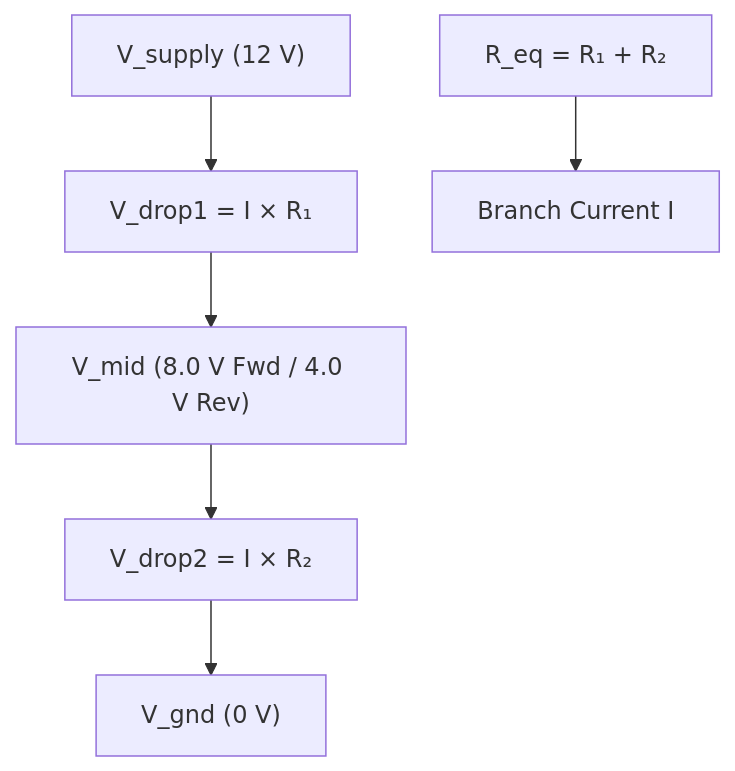
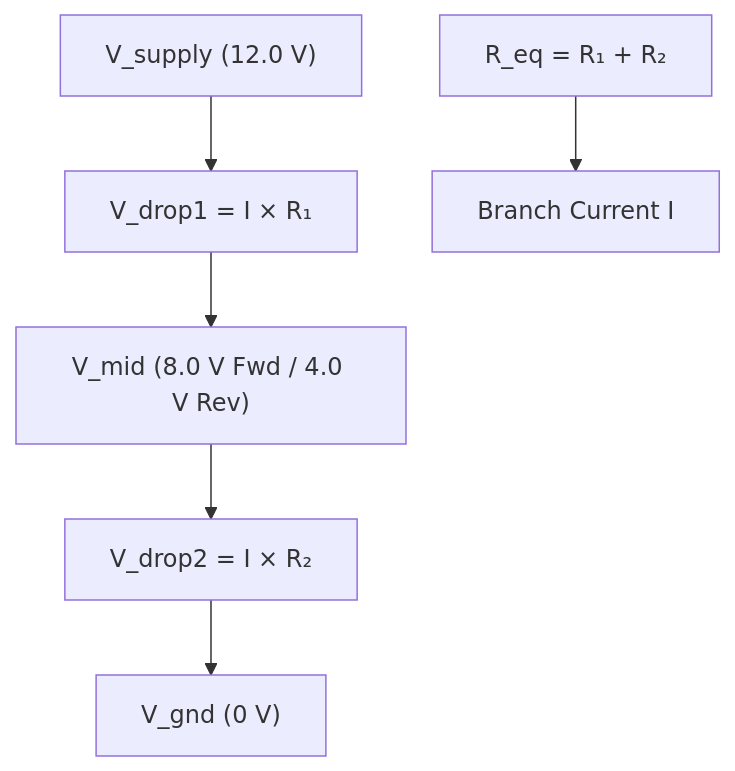
Before and after one commit to dougransom/lattice-propagator: the first of 2 diagrams in docs/examples/resistor_network.md, drawn with Mermaid. The commit also changed other lines of this file and 1 other file, not shown here.

First line of the commit message:
feat(examples): add 2N2222 transistor base bias sizing problem with schematic

````diff
--- a/docs/examples/resistor_network.md
+++ b/docs/examples/resistor_network.md
@@ -16,8 +17,8 @@
 ```mermaid
 graph TD
-    Vs["V_supply (12 V)"] --> Drop1["V_drop1 = I × R₁"]
+    Vs["V_supply (12.0 V)"] --> Drop1["V_drop1 = I × R₁"]
     Drop1 --> Vmid["V_mid (8.0 V Fwd / 4.0 V Rev)"]
     Vmid --> Drop2["V_drop2 = I × R₂"]
     Drop2 --> Ground["V_gnd (0 V)"]
     Req["R_eq = R₁ + R₂"] --> I["Branch Current I"]
 ```
````
